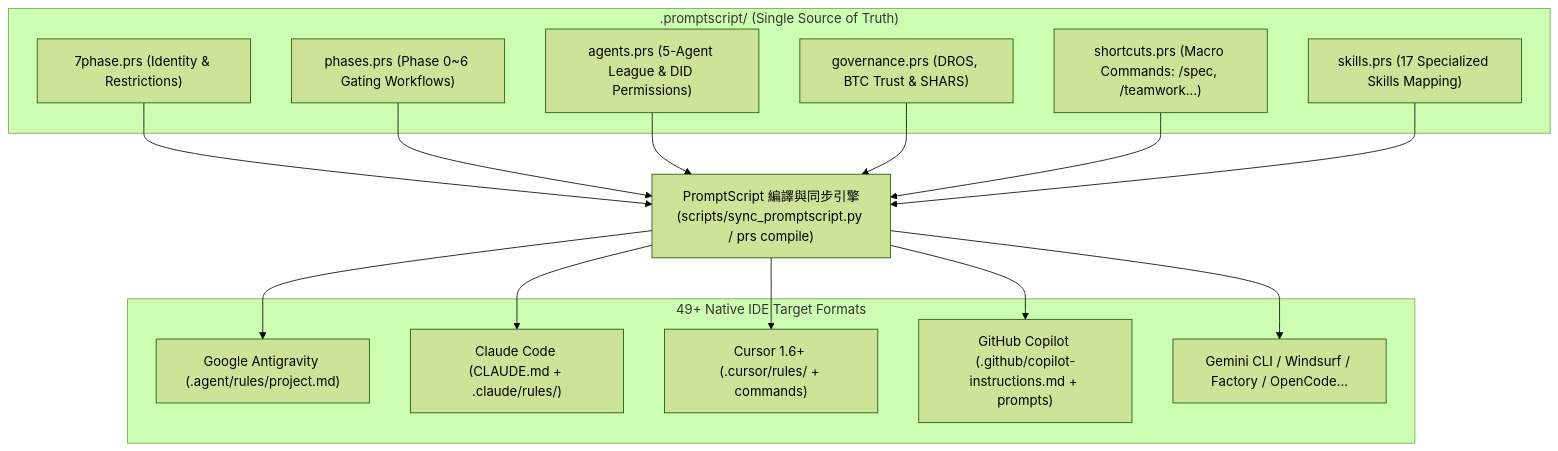
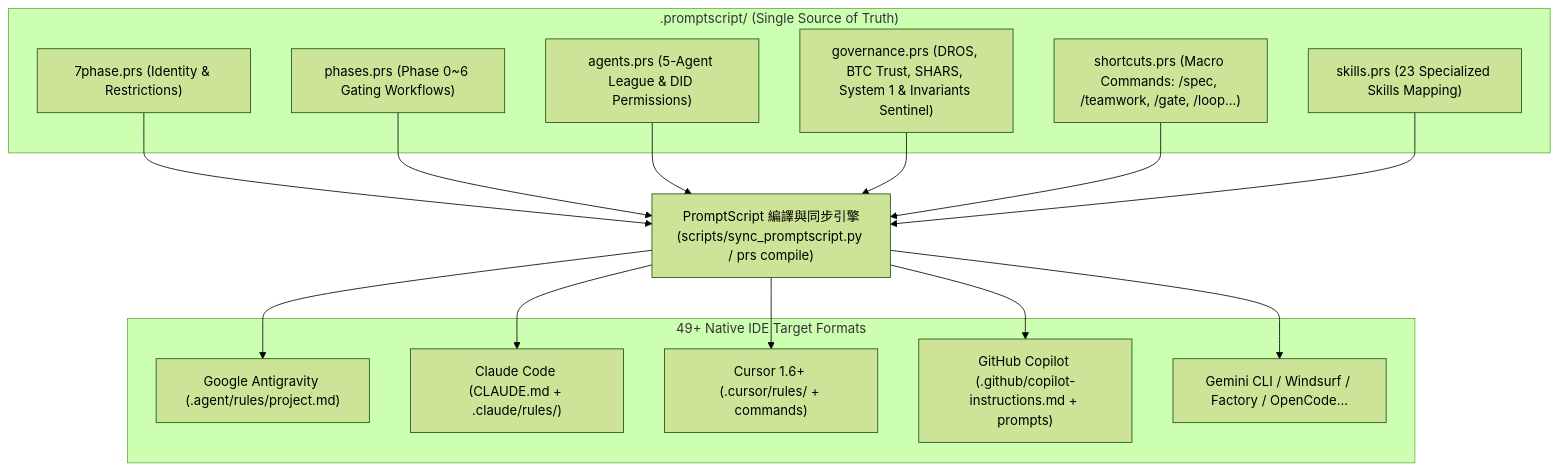
Before and after one commit to PingpowerTW/7-Phase-Agentic-Workflow: the second of 7 diagrams in README.md, drawn with Mermaid (forest theme). The commit also changed other lines of this file and 206 other files, not shown here.

````diff
--- a/README.md
+++ b/README.md
@@ -66,24 +66,24 @@
 ```mermaid
 flowchart TD
     subgraph DSL [".promptscript/ (Single Source of Truth)"]
-        A["7phase.prs (Identity &amp; Restrictions)"]
+        A["7phase.prs (Identity & Restrictions)"]
         B["phases.prs (Phase 0~6 Gating Workflows)"]
-        C["agents.prs (5-Agent League &amp; DID Permissions)"]
-        D["governance.prs (DROS, BTC Trust &amp; SHARS)"]
-        E["shortcuts.prs (Macro Commands: /spec, /teamwork...)"]
-        F["skills.prs (17 Specialized Skills Mapping)"]
+        C["agents.prs (5-Agent League & DID Permissions)"]
+        D["governance.prs (DROS, BTC Trust, SHARS, System 1 & Invariants Sentinel)"]
+        E["shortcuts.prs (Macro Commands: /spec, /teamwork, /gate, /loop...)"]
+        F["skills.prs (23 Specialized Skills Mapping)"]
     end
 
     SYNC["PromptScript 編譯與同步引擎<br/>(scripts/sync_promptscript.py / prs compile)"]
 
     subgraph TARGETS ["49+ Native IDE Target Formats"]
         T1["Google Antigravity (.agent/rules/project.md)"]
         T2["Claude Code (CLAUDE.md + .claude/rules/)"]
         T3["Cursor 1.6+ (.cursor/rules/ + commands)"]
         T4["GitHub Copilot (.github/copilot-instructions.md + prompts)"]
         T5["Gemini CLI / Windsurf / Factory / OpenCode..."]
     end
 
     A & B & C & D & E & F --> SYNC
     SYNC --> T1 & T2 & T3 & T4 & T5
 ```
````
